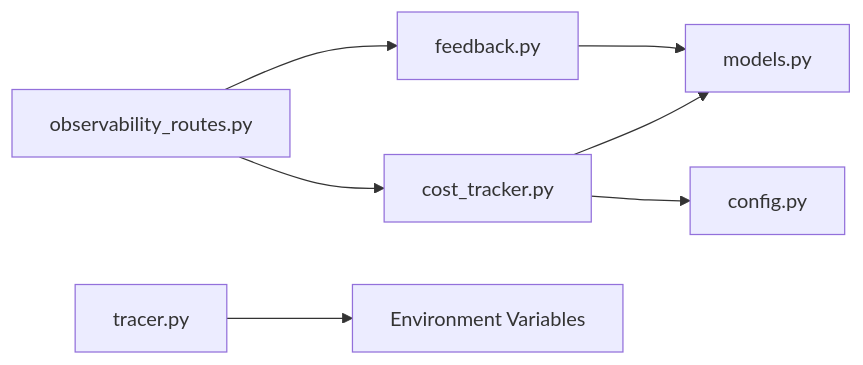
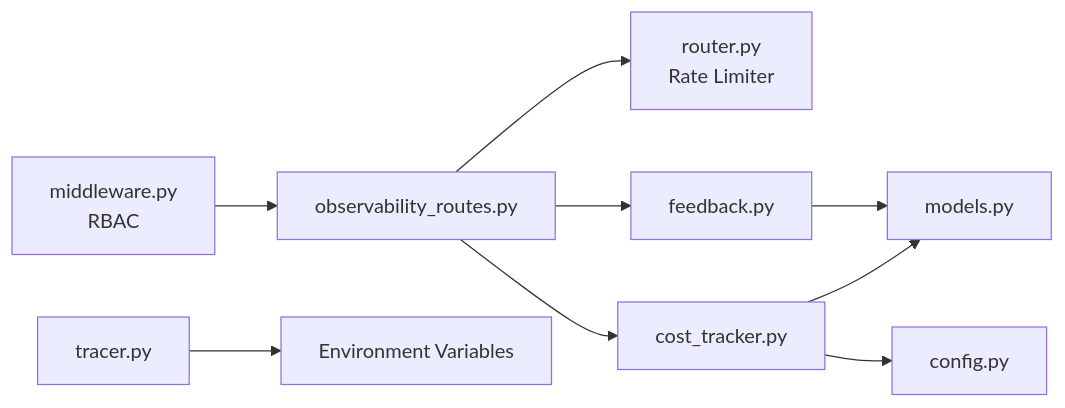
Before and after one commit to genes8/private-ai: the fourth of 4 diagrams in .qoder/repowiki/en/content/API Reference/Observability API.md, drawn with Mermaid. The commit also changed other lines of this file and 12 other files, not shown here.

````diff
--- a/.qoder/repowiki/en/content/API Reference/Observability API.md
+++ b/.qoder/repowiki/en/content/API Reference/Observability API.md
@@ -303,9 +414,11 @@
 ```mermaid
 graph LR
-OR["observability_routes.py"] --> FS["feedback.py"]
+OR["observability_routes.py"] --> LIM["router.py<br/>Rate Limiter"]
+OR --> FS["feedback.py"]
 OR --> CT["cost_tracker.py"]
 CT --> CFG["config.py"]
 FS --> DBM["models.py"]
 CT --> DBM
 TR["tracer.py"] --> ENV["Environment Variables"]
+MID["middleware.py<br/>RBAC"] --> OR
 ```
````
